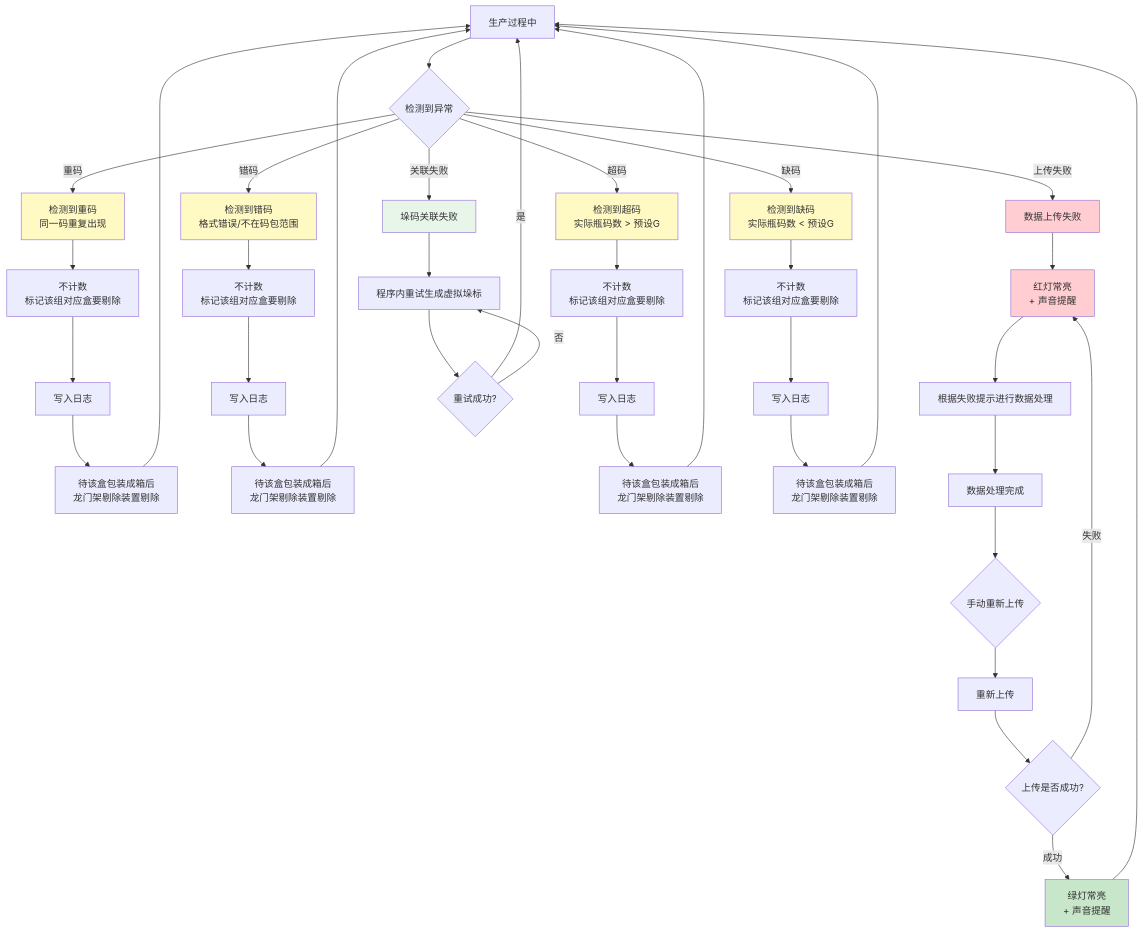
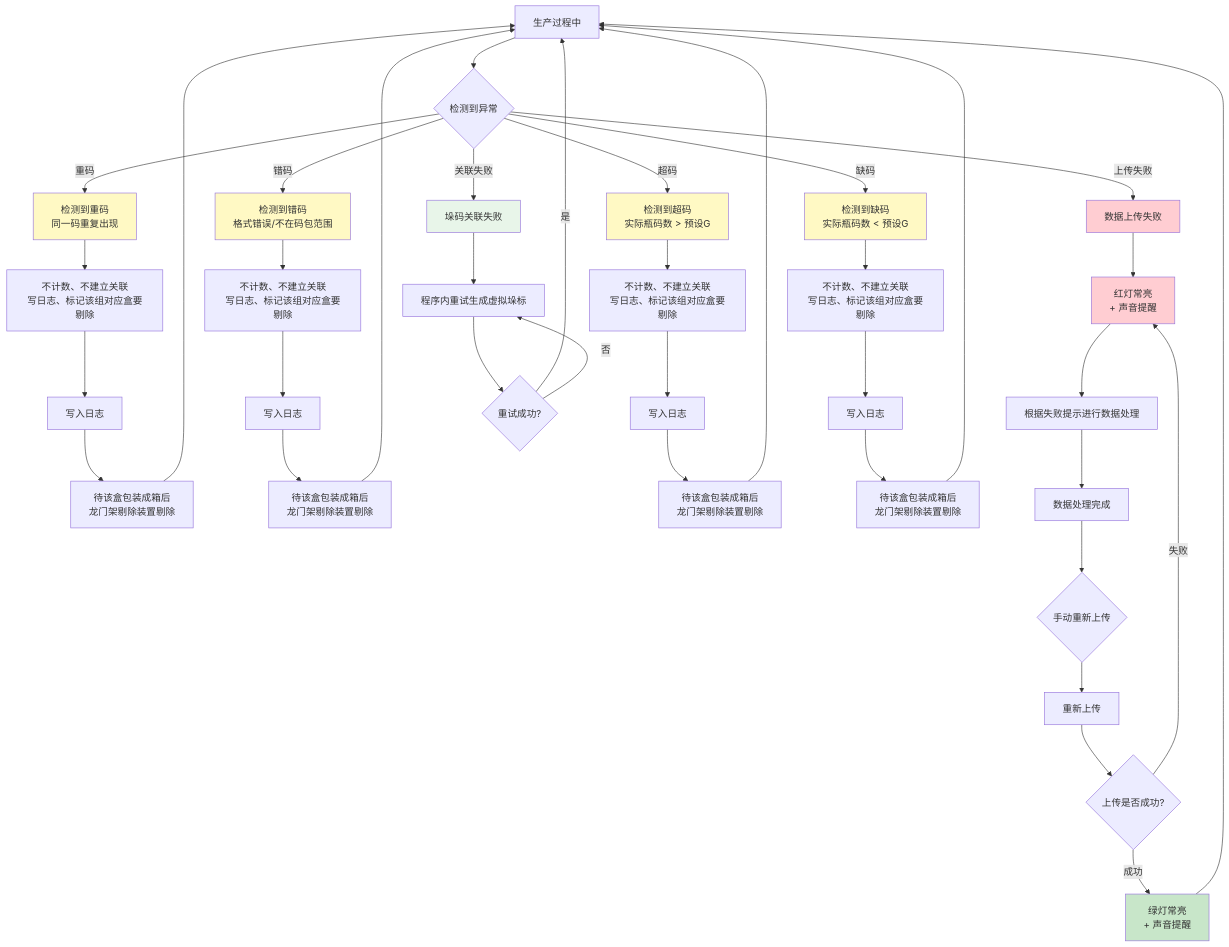
One commit to chenshuhuai-miduo/ProductionTool-shiwan changed the third of 3 diagrams in .requirement/V1.2石湾产线采集关联/赋码采集关联系统重构T1.2（石湾）AI文档.md. Above: the diagram before and after it, drawn with Mermaid. The commit also changed other lines of this file and 25 other files, not shown here.

````diff
--- a/.requirement/V1.2石湾产线采集关联/赋码采集关联系统重构T1.2（石湾）AI文档.md
+++ b/.requirement/V1.2石湾产线采集关联/赋码采集关联系统重构T1.2（石湾）AI文档.md
@@ -417,56 +419,56 @@
 ```mermaid
 graph TD
     Start[生产过程中] --> DetectError{检测到异常}
     
     DetectError -->|重码| DuplicateCode[检测到重码<br/>同一码重复出现]
     DetectError -->|错码| WrongCode[检测到错码<br/>格式错误/不在码包范围]
     DetectError -->|超码| OverCode[检测到超码<br/>实际瓶码数 > 预设G]
     DetectError -->|缺码| UnderCode[检测到缺码<br/>实际瓶码数 < 预设G]
     DetectError -->|关联失败| AssociateFail[垛码关联失败]
     DetectError -->|上传失败| UploadFail[数据上传失败]
     
-    DuplicateCode --> MarkBox1[不计数<br/>标记该组对应盒要剔除]
+    DuplicateCode --> MarkBox1[不计数、不建立关联<br/>写日志、标记该组对应盒要剔除]
     MarkBox1 --> Log1[写入日志]
     Log1 --> Log1End[待该盒包装成箱后<br/>龙门架剔除装置剔除]
     
-    WrongCode --> MarkBox2[不计数<br/>标记该组对应盒要剔除]
+    WrongCode --> MarkBox2[不计数、不建立关联<br/>写日志、标记该组对应盒要剔除]
     MarkBox2 --> Log2[写入日志]
     Log2 --> Log2End[待该盒包装成箱后<br/>龙门架剔除装置剔除]
     
-    OverCode --> MarkBox3[不计数<br/>标记该组对应盒要剔除]
+    OverCode --> MarkBox3[不计数、不建立关联<br/>写日志、标记该组对应盒要剔除]
     MarkBox3 --> Log3[写入日志]
     Log3 --> Log3End[待该盒包装成箱后<br/>龙门架剔除装置剔除]
     
-    UnderCode --> MarkBox4[不计数<br/>标记该组对应盒要剔除]
+    UnderCode --> MarkBox4[不计数、不建立关联<br/>写日志、标记该组对应盒要剔除]
     MarkBox4 --> Log4[写入日志]
     Log4 --> Log4End[待该盒包装成箱后<br/>龙门架剔除装置剔除]
     
     AssociateFail --> RetryGen[程序内重试生成虚拟垛标]
     RetryGen --> RetryCheck{重试成功?}
     RetryCheck -->|是| Start
     RetryCheck -->|否| RetryGen
     
     UploadFail --> RedLight[红灯常亮<br/>+ 声音提醒]
     RedLight --> DataProcess[根据失败提示进行数据处理]
     DataProcess --> DataProcessEnd[数据处理完成]
     DataProcessEnd --> ManualRetry{手动重新上传}
     ManualRetry --> RetryUpload[重新上传]
     RetryUpload --> CheckRetry{上传是否成功?}
     CheckRetry -->|成功| GreenLight[绿灯常亮<br/>+ 声音提醒]
     CheckRetry -->|失败| RedLight
     
     Log1End --> Start
     Log2End --> Start
     Log3End --> Start
     Log4End --> Start
     GreenLight --> Start
     
     style DuplicateCode fill:#fff9c4
     style WrongCode fill:#fff9c4
     style OverCode fill:#fff9c4
     style UnderCode fill:#fff9c4
     style AssociateFail fill:#e8f5e9
     style UploadFail fill:#ffcdd2
     style RedLight fill:#ffcdd2
     style GreenLight fill:#c8e6c9
 ```
````
